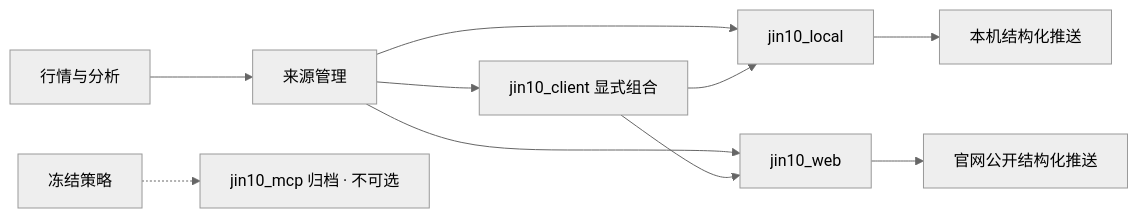
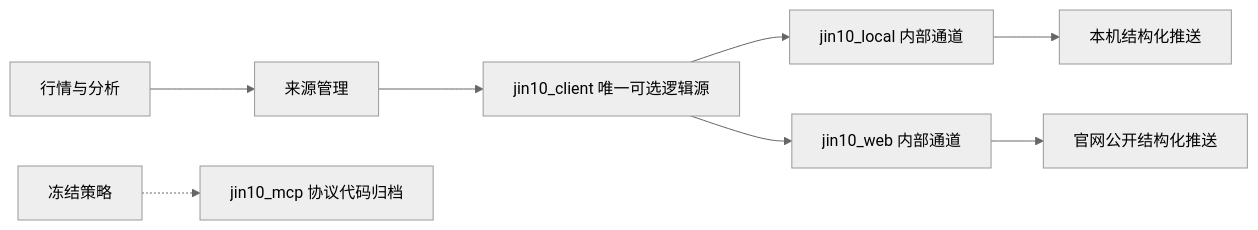
One commit to Daniel9572/TraceFang changed the diagram in docs/local-data-acceleration.md. Above: the diagram before and after it, drawn with Mermaid (neutral theme). The commit also changed other lines of this file and 24 other files, not shown here.

````diff
--- a/docs/local-data-acceleration.md
+++ b/docs/local-data-acceleration.md
@@ -52,12 +52,10 @@
 ```mermaid
 flowchart LR
     UI["行情与分析"] --> R["来源管理"]
-    R --> C["jin10_client 显式组合"]
-    R --> S["jin10_local"]
-    R --> W["jin10_web"]
-    F["冻结策略"] -.-> M["jin10_mcp 归档 · 不可选"]
+    R --> C["jin10_client 唯一可选逻辑源"]
     C --> S
     C --> W
-    S --> L["本机结构化推送"]
-    W --> P["官网公开结构化推送"]
+    S["jin10_local 内部通道"] --> L["本机结构化推送"]
+    W["jin10_web 内部通道"] --> P["官网公开结构化推送"]
+    F["冻结策略"] -.-> M["jin10_mcp 协议代码归档"]
 ```
````
